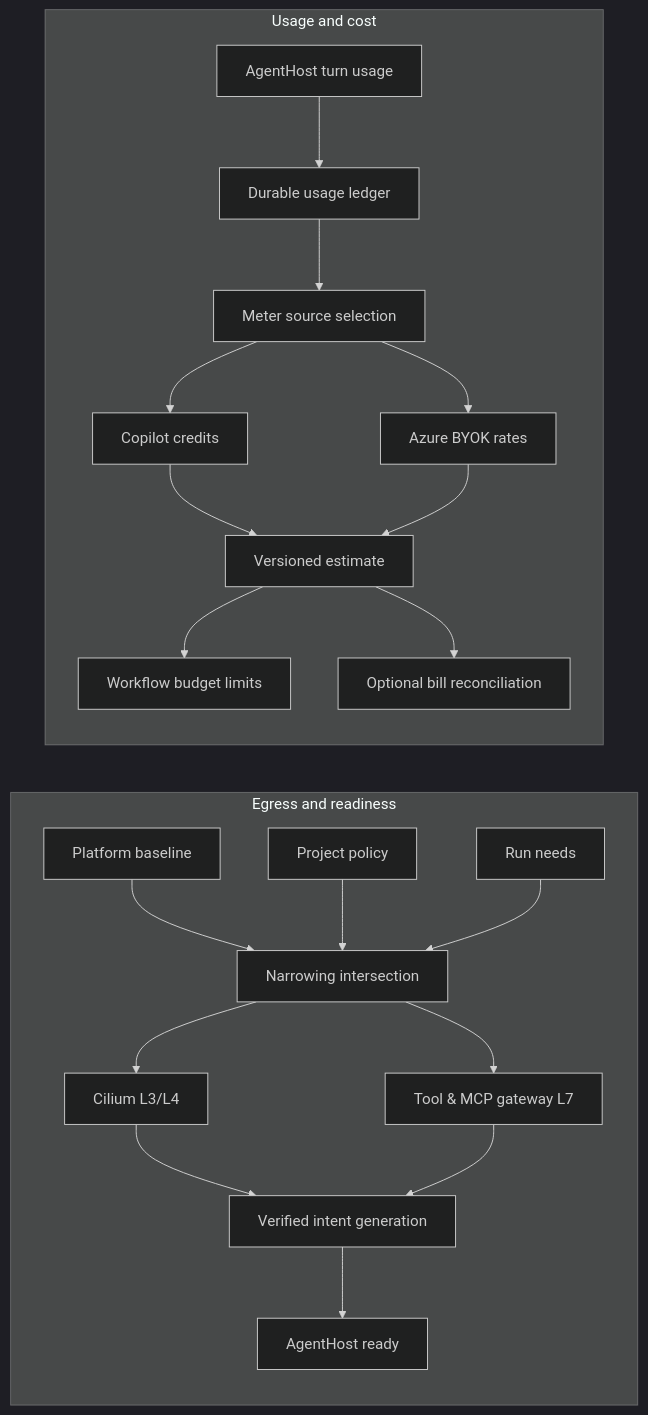
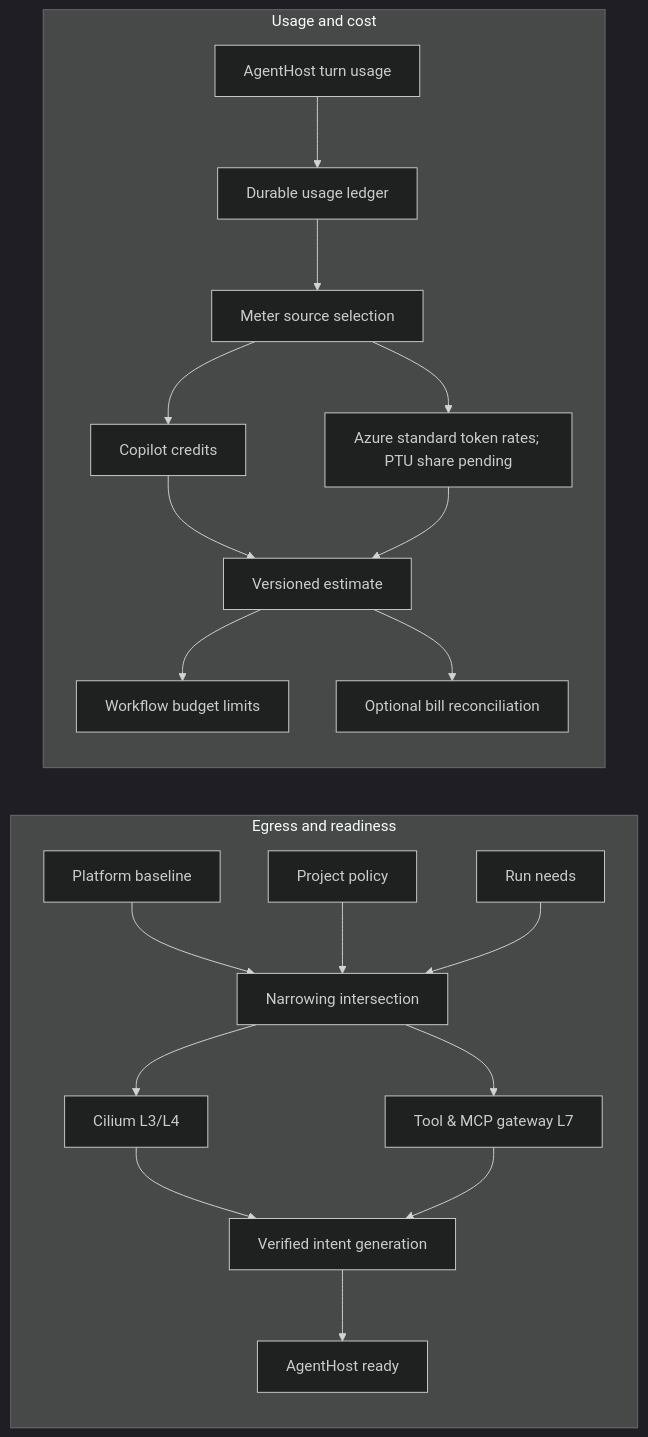
Before and after one commit to sabbour/agentweaver: the fourth of 4 diagrams in docs/architecture/design/provider-seams.md, drawn with Mermaid (dark theme). The commit also changed other lines of this file and 25 other files, not shown here.

First line of the commit message:
feat(v1): add Azure BYOK cost accounting

````diff
--- a/docs/architecture/design/provider-seams.md
+++ b/docs/architecture/design/provider-seams.md
@@ -738,23 +743,23 @@
 ```mermaid
 flowchart LR
     subgraph E["Egress and readiness"]
         P["Platform baseline"] --> I["Narrowing intersection"]
         J["Project policy"] --> I
         N["Run needs"] --> I
         I --> L["Cilium L3/L4"]
         I --> G["Tool & MCP gateway L7"]
         L --> V["Verified intent generation"]
         G --> V
         V --> H["AgentHost ready"]
     end
     subgraph C["Usage and cost"]
         U["AgentHost turn usage"] --> D["Durable usage ledger"]
         D --> M["Meter source selection"]
         M --> F["Copilot credits"]
-        M --> A["Azure BYOK rates"]
+        M --> A["Azure standard token rates; PTU share pending"]
         F --> T["Versioned estimate"]
         A --> T
         T --> B["Workflow budget limits"]
         T --> R["Optional bill reconciliation"]
     end
 ```
````
